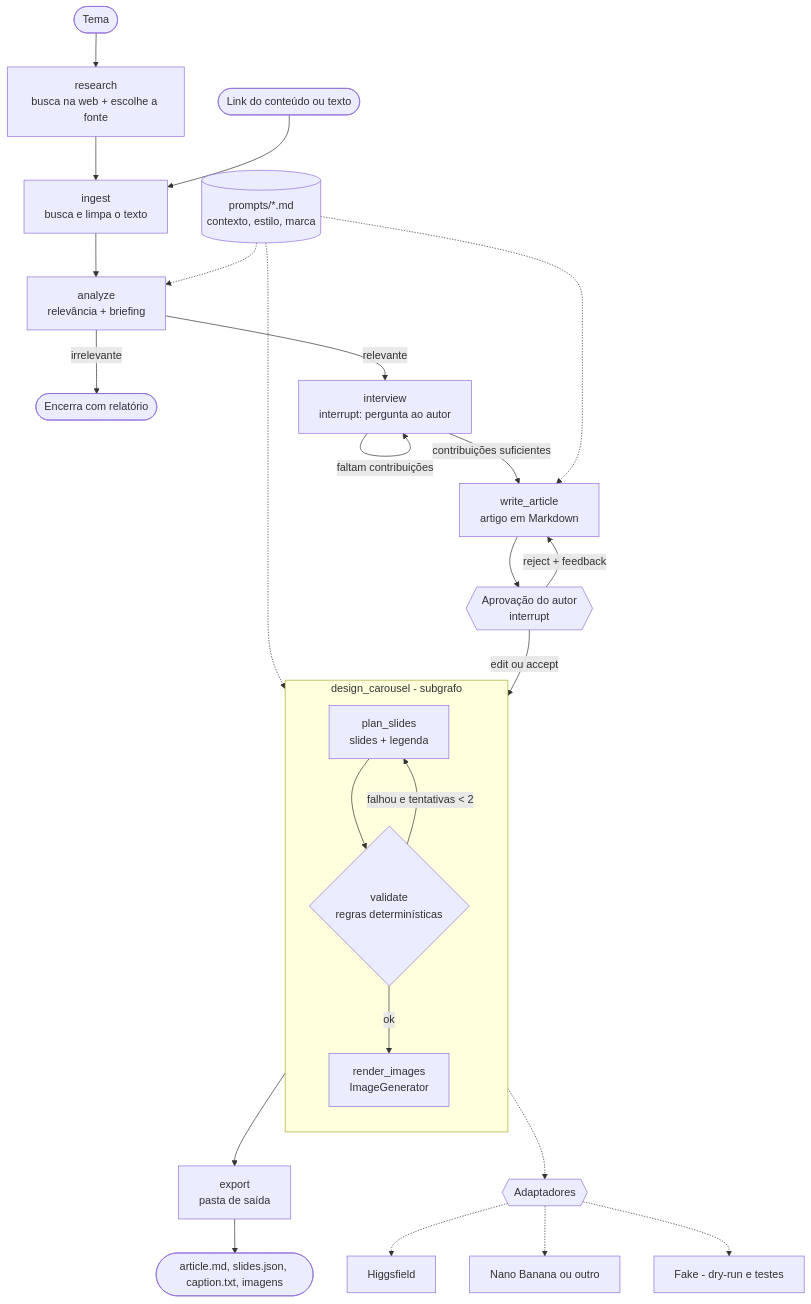
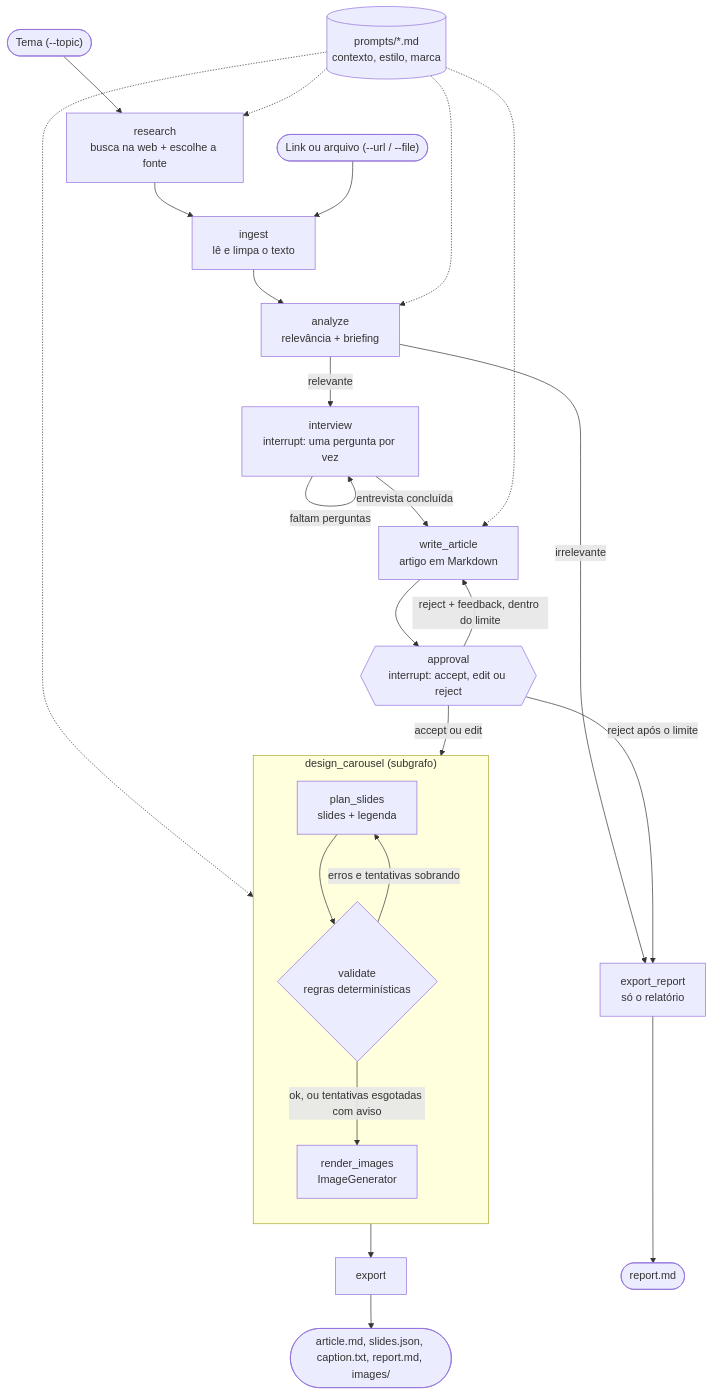
The first of 2 diagrams in docs/projeto.md (afcc2000/content-authority-pipeline), drawn with Mermaid before and after one commit. The commit also changed other lines of this file and 4 other files, not shown here.

````diff
--- a/docs/projeto.md
+++ b/docs/projeto.md
@@ -76,32 +76,31 @@
 ```mermaid
 flowchart TD
-    TEMA([Tema]) --> RES[research<br/>busca na web + escolhe a fonte]
+    TEMA(["Tema (--topic)"]) --> RES["research<br/>busca na web + escolhe a fonte"]
     RES --> ING
-    IN([Link do conteúdo ou texto]) --> ING[ingest<br/>busca e limpa o texto]
-    ING --> ANA[analyze<br/>relevância + briefing]
-    ANA -->|irrelevante| END1([Encerra com relatório])
-    ANA -->|relevante| INT[interview<br/>interrupt: pergunta ao autor]
-    INT -->|faltam contribuições| INT
-    INT -->|contribuições suficientes| WA[write_article<br/>artigo em Markdown]
-    WA --> HITL{{Aprovação do autor<br/>interrupt}}
-    HITL -->|reject + feedback| WA
-    HITL -->|edit ou accept| CAR
+    IN(["Link ou arquivo (--url / --file)"]) --> ING["ingest<br/>lê e limpa o texto"]
+    ING --> ANA["analyze<br/>relevância + briefing"]
+    ANA -->|irrelevante| REP["export_report<br/>só o relatório"]
+    ANA -->|relevante| INT["interview<br/>interrupt: uma pergunta por vez"]
+    INT -->|faltam perguntas| INT
+    INT -->|entrevista concluída| WA["write_article<br/>artigo em Markdown"]
+    WA --> HITL{{"approval<br/>interrupt: accept, edit ou reject"}}
+    HITL -->|reject + feedback, dentro do limite| WA
+    HITL -->|reject após o limite| REP
+    HITL -->|accept ou edit| CAR
 
-    subgraph CAR[design_carousel - subgrafo]
+    subgraph CAR["design_carousel (subgrafo)"]
         direction TB
-        PL[plan_slides<br/>slides + legenda] --> VAL{validate<br/>regras determinísticas}
-        VAL -->|falhou e tentativas < 2| PL
-        VAL -->|ok| IMG[render_images<br/>ImageGenerator]
+        PL["plan_slides<br/>slides + legenda"] --> VAL{"validate<br/>regras determinísticas"}
+        VAL -->|erros e tentativas sobrando| PL
+        VAL -->|ok, ou tentativas esgotadas com aviso| IMG["render_images<br/>ImageGenerator"]
     end
 
-    IMG --> EXP[export<br/>pasta de saída]
-    EXP --> END2([article.md, slides.json, caption.txt, imagens])
+    IMG --> EXP["export"]
+    EXP --> OUT(["article.md, slides.json, caption.txt, report.md, images/"])
+    REP --> OUT2(["report.md"])
 
-    PROMPTS[(prompts/*.md<br/>contexto, estilo, marca)] -.-> ANA
+    PROMPTS[("prompts/*.md<br/>contexto, estilo, marca")] -.-> RES
+    PROMPTS -.-> ANA
     PROMPTS -.-> WA
     PROMPTS -.-> PL
-    IMG -.-> ADP{{Adaptadores}}
-    ADP -.-> HF[Higgsfield]
-    ADP -.-> NB[Nano Banana ou outro]
-    ADP -.-> FK[Fake - dry-run e testes]
 ```
````
